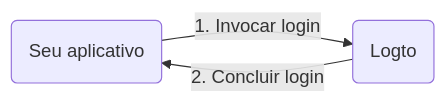
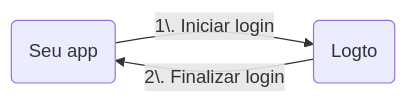
One commit to logto-io/docs changed the diagram in i18n/pt-BR/docusaurus-plugin-content-docs/current/quick-starts/fragments/_web-sign-in-flow-summary.mdx. Above: the diagram before and after it, drawn with Mermaid. The commit also changed other lines of this file and 162 other files, not shown here.

````diff
--- a/i18n/pt-BR/docusaurus-plugin-content-docs/current/quick-starts/fragments/_web-sign-in-flow-summary.mdx
+++ b/i18n/pt-BR/docusaurus-plugin-content-docs/current/quick-starts/fragments/_web-sign-in-flow-summary.mdx
@@ -5,5 +5,5 @@
 ```mermaid
 graph LR
-    A(Seu aplicativo) -->|1. Invocar login| B(Logto)
-    B -->|2. Concluir login| A
+    A(Seu app) -->|1\. Iniciar login| B(Logto)
+    B -->|2\. Finalizar login| A
 ```
````
